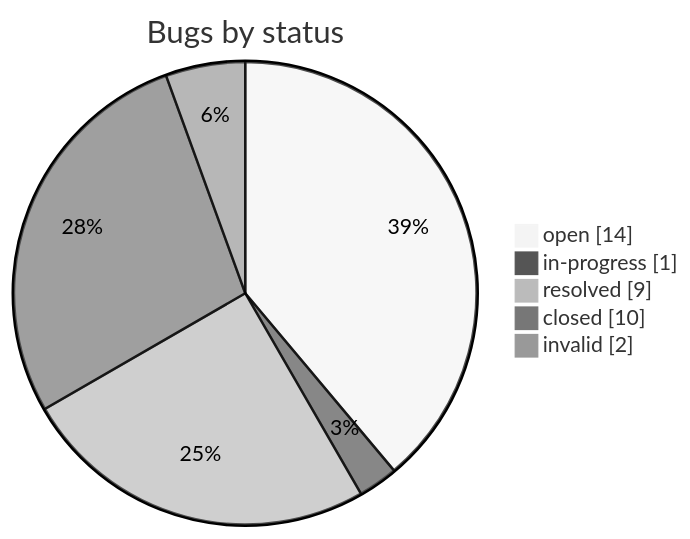
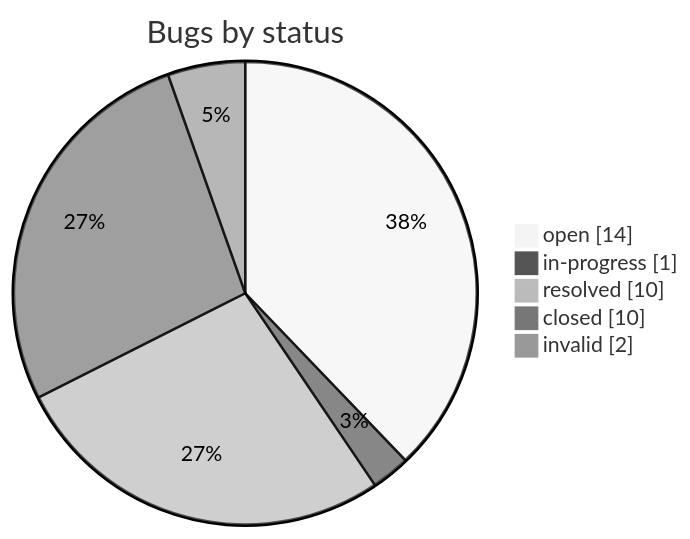
One commit to iammaxsu/automatic-testing-architecture changed the second of 2 diagrams in STATUS.md. Above: the diagram before and after it, drawn with Mermaid (neutral theme). The commit also changed other lines of this file and 4 other files, not shown here.

````diff
--- a/STATUS.md
+++ b/STATUS.md
@@ -166,8 +166,8 @@
 ```mermaid
 pie showData title Bugs by status
     "open" : 14
     "in-progress" : 1
-    "resolved" : 9
+    "resolved" : 10
     "closed" : 10
     "invalid" : 2
 ```
````
